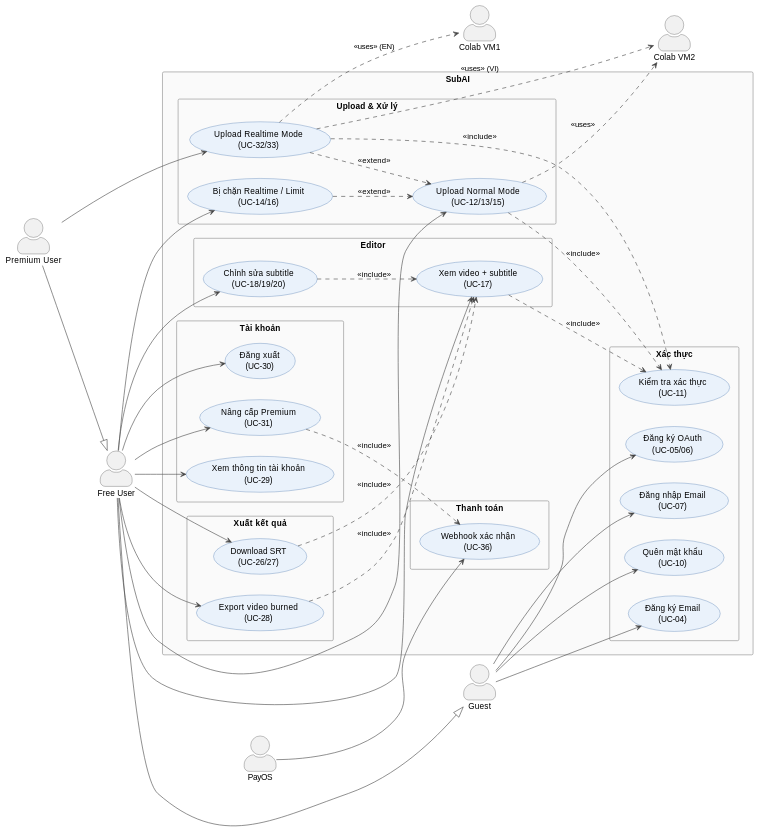
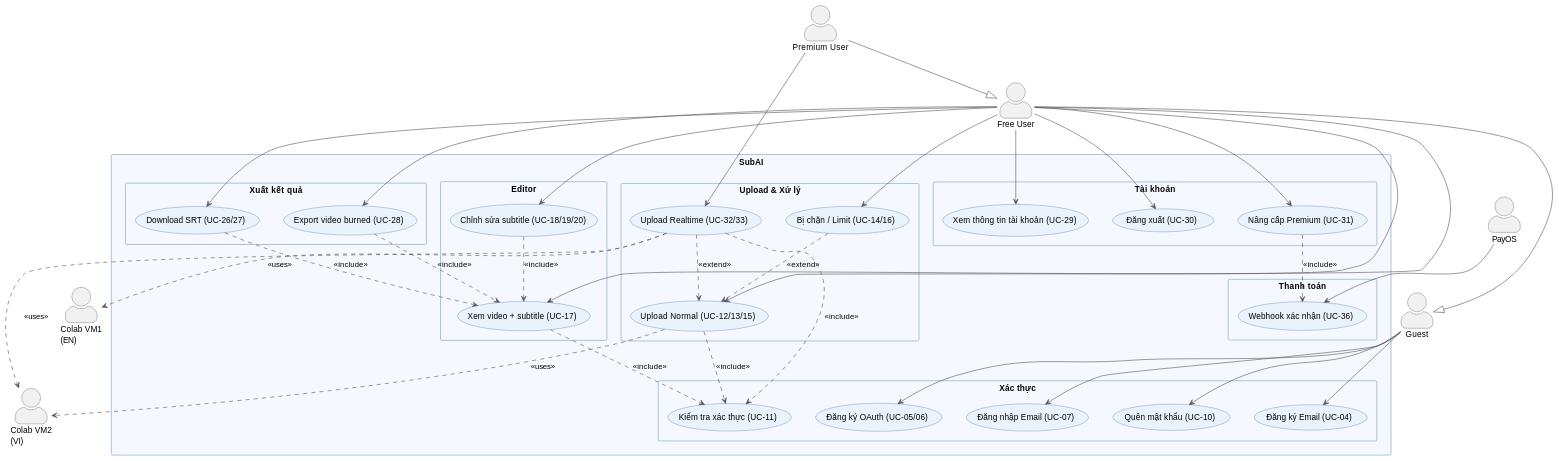
One commit to SonDinh1129/subtitle-project changed the diagram in docs/usecase-diagram.md. Above: the diagram before and after it, drawn with PlantUML.

Commit message:
docs: refactor use case diagram to top-bottom layout, reduce crossing arrows

````diff
--- a/docs/usecase-diagram.md
+++ b/docs/usecase-diagram.md
@@ -13,68 +13,79 @@
 skinparam packageStyle rectangle
 skinparam usecaseBorderColor #2C5F9E
 skinparam usecaseBackgroundColor #EAF2FB
-skinparam packageBorderColor #888888
-skinparam packageBackgroundColor #FAFAFA
-skinparam arrowColor #444444
+skinparam packageBorderColor #7A9CC4
+skinparam packageBackgroundColor #F5F9FF
+skinparam packageFontStyle bold
+skinparam arrowColor #555555
 skinparam actorBorderColor #333333
 skinparam shadowing false
+skinparam nodesep 40
+skinparam ranksep 50
 
-left to right direction
+top to bottom direction
 
-actor "Guest" as Guest
-actor "Free User" as Free
-actor "Premium User" as Premium
-actor "PayOS" as PayOS
-actor "Colab VM2" as VM2
-actor "Colab VM1" as VM1
+' ── Actors (trái) ─────────────────────────────────────
+actor "Guest"         as Guest
+actor "Free User"     as Free
+actor "Premium User"  as Premium
 
-Free --|> Guest
+' ── Actors (phải / hệ thống ngoài) ───────────────────
+actor "PayOS"         as PayOS
+actor "Colab VM1\n(EN)" as VM1
+actor "Colab VM2\n(VI)" as VM2
+
+Free    --|> Guest
 Premium --|> Free
 
 rectangle "SubAI" {
 
+  ' Hàng 1 — Xác thực (dùng chung Guest + Free)
   package "Xác thực" {
-    usecase "Đăng ký Email\n(UC-04)" as UC04
-    usecase "Đăng ký OAuth\n(UC-05/06)" as UC05
-    usecase "Đăng nhập Email\n(UC-07)" as UC07
-    usecase "Quên mật khẩu\n(UC-10)" as UC10
-    usecase "Kiểm tra xác thực\n(UC-11)" as UC11
+    usecase "Đăng ký Email (UC-04)"    as UC04
+    usecase "Đăng ký OAuth (UC-05/06)" as UC05
+    usecase "Đăng nhập Email (UC-07)"  as UC07
+    usecase "Quên mật khẩu (UC-10)"    as UC10
+    usecase "Kiểm tra xác thực (UC-11)" as UC11
   }
 
+  ' Hàng 2 — Upload & xử lý
   package "Upload & Xử lý" {
-    usecase "Upload Normal Mode\n(UC-12/13/15)" as UC12
-    usecase "Bị chặn Realtime / Limit\n(UC-14/16)" as UC14
-    usecase "Upload Realtime Mode\n(UC-32/33)" as UC32
+    usecase "Upload Normal (UC-12/13/15)"    as UC12
+    usecase "Upload Realtime (UC-32/33)"     as UC32
+    usecase "Bị chặn / Limit (UC-14/16)"    as UC14
   }
 
+  ' Hàng 3 — Editor + Xuất
   package "Editor" {
-    usecase "Xem video + subtitle\n(UC-17)" as UC17
-    usecase "Chỉnh sửa subtitle\n(UC-18/19/20)" as UC18
+    usecase "Xem video + subtitle (UC-17)"      as UC17
+    usecase "Chỉnh sửa subtitle (UC-18/19/20)"  as UC18
   }
 
   package "Xuất kết quả" {
-    usecase "Download SRT\n(UC-26/27)" as UC26
-    usecase "Export video burned\n(UC-28)" as UC28
+    usecase "Download SRT (UC-26/27)"     as UC26
+    usecase "Export video burned (UC-28)" as UC28
   }
 
+  ' Hàng 4 — Tài khoản + Thanh toán
   package "Tài khoản" {
-    usecase "Xem thông tin tài khoản\n(UC-29)" as UC29
-    usecase "Đăng xuất\n(UC-30)" as UC30
-    usecase "Nâng cấp Premium\n(UC-31)" as UC31
+    usecase "Xem thông tin tài khoản (UC-29)" as UC29
+    usecase "Đăng xuất (UC-30)"               as UC30
+    usecase "Nâng cấp Premium (UC-31)"        as UC31
   }
 
   package "Thanh toán" {
-    usecase "Webhook xác nhận\n(UC-36)" as UC36
+    usecase "Webhook xác nhận (UC-36)" as UC36
   }
 
 }
 
-' ── Actor → Use Case ──────────────────────────────────
+' ── Guest ─────────────────────────────────────────────
 Guest --> UC04
 Guest --> UC05
 Guest --> UC07
 Guest --> UC10
 
+' ── Free User ─────────────────────────────────────────
 Free --> UC12
 Free --> UC14
 Free --> UC17
@@ -85,11 +96,16 @@
 Free --> UC30
 Free --> UC31
 
+' ── Premium User ──────────────────────────────────────
 Premium --> UC32
 
+' ── Hệ thống ngoài ────────────────────────────────────
 PayOS --> UC36
+UC12  ..> VM2 : <<uses>>
+UC32  ..> VM1 : <<uses>>
+UC32  ..> VM2 : <<uses>>
 
-' ── <<include>> — luôn xảy ra, bắt buộc ──────────────
+' ── <<include>> — bắt buộc ────────────────────────────
 UC12 ..> UC11 : <<include>>
 UC32 ..> UC11 : <<include>>
 UC17 ..> UC11 : <<include>>
@@ -100,14 +116,9 @@
 
 UC31 ..> UC36 : <<include>>
 
-' ── <<extend>> — có điều kiện, tuỳ chọn ──────────────
+' ── <<extend>> — có điều kiện ─────────────────────────
 UC14 ..> UC12 : <<extend>>
 UC32 ..> UC12 : <<extend>>
 
-' ── Phụ thuộc hệ thống ngoài ─────────────────────────
-UC12 ..> VM2 : <<uses>>
-UC32 ..> VM1 : <<uses>> (EN)
-UC32 ..> VM2 : <<uses>> (VI)
-
 @enduml
 ```
````
